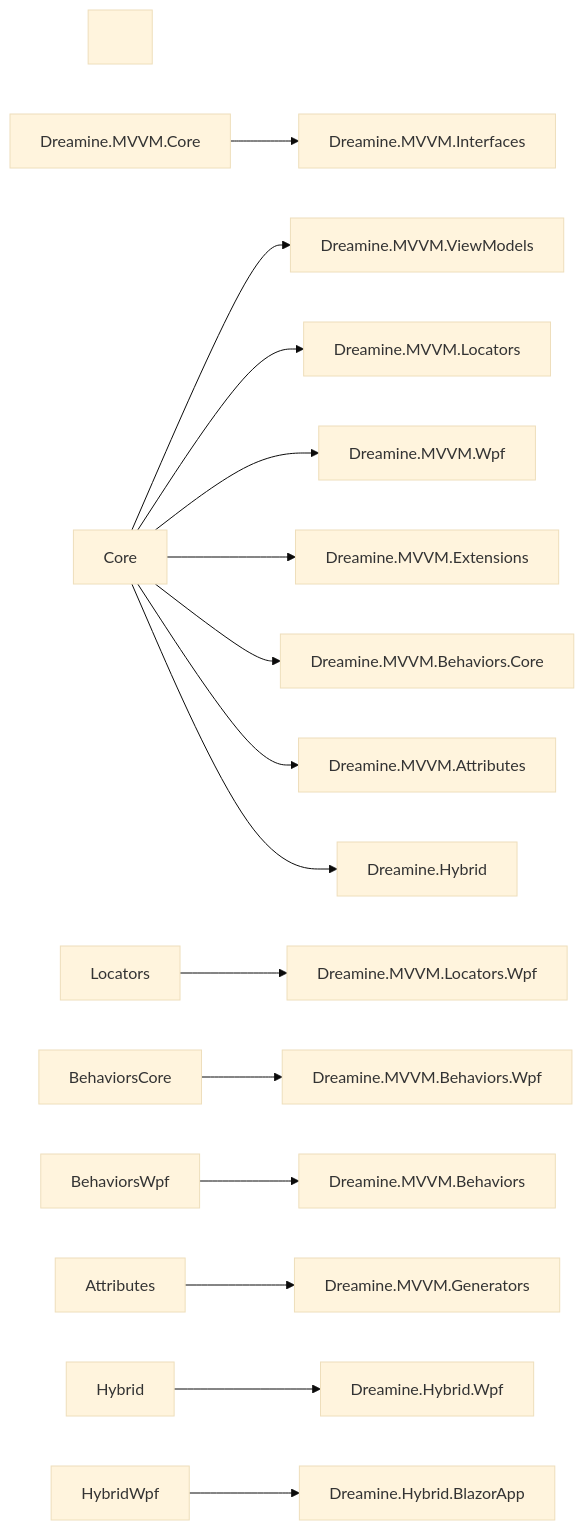
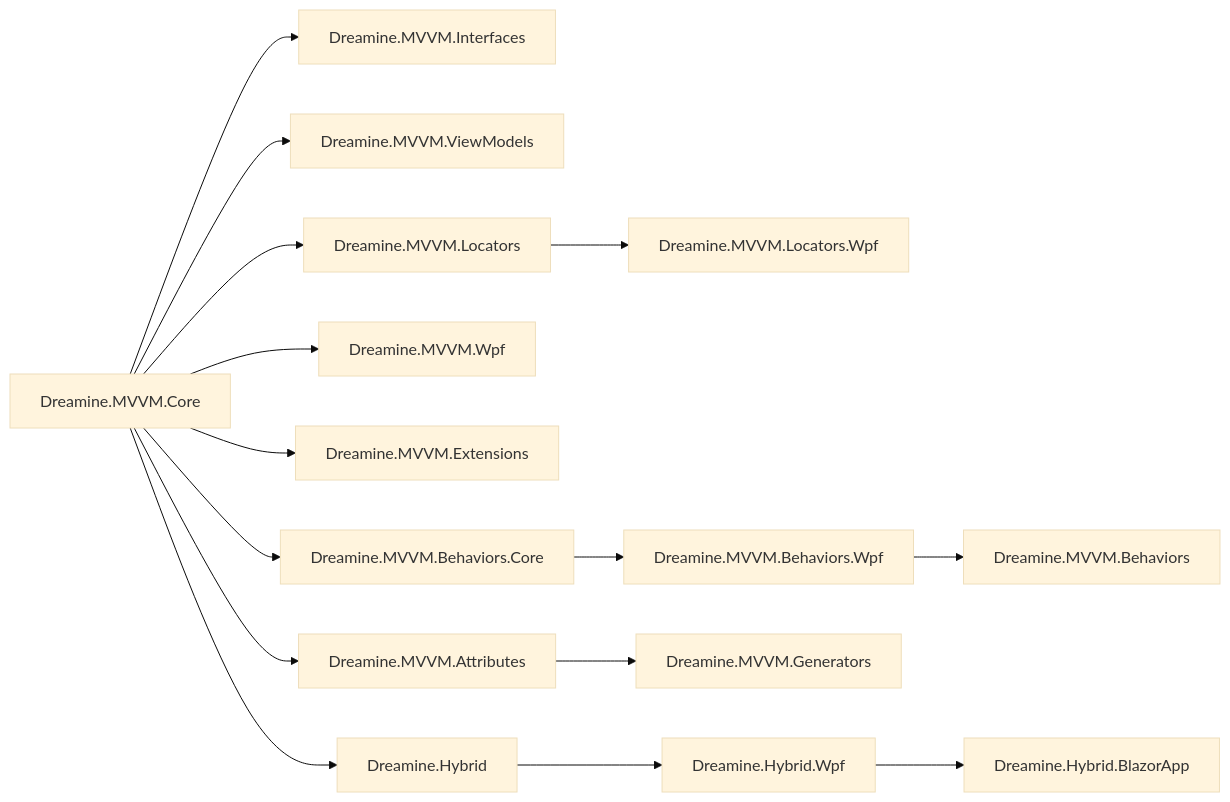
Before and after one commit to CodeMaru-Dreamine/Dreamine.MVVM.FullKit: the diagram in README.md, drawn with Mermaid (base theme). The commit also changed other lines of this file and 1 other file, not shown here.

````diff
--- a/README.md
+++ b/README.md
@@ -145,33 +75,17 @@
 ```mermaid
-
 graph LR
-
-&nbsp;   Core\[Dreamine.MVVM.Core] --> Interfaces\[Dreamine.MVVM.Interfaces]
-
-&nbsp;   Core --> ViewModels\[Dreamine.MVVM.ViewModels]
-
-&nbsp;   Core --> Locators\[Dreamine.MVVM.Locators]
-
-&nbsp;   Locators --> LocatorsWpf\[Dreamine.MVVM.Locators.Wpf]
-
-&nbsp;   Core --> Wpf\[Dreamine.MVVM.Wpf]
-
-&nbsp;   Core --> Extensions\[Dreamine.MVVM.Extensions]
-
-&nbsp;   Core --> BehaviorsCore\[Dreamine.MVVM.Behaviors.Core]
-
-&nbsp;   BehaviorsCore --> BehaviorsWpf\[Dreamine.MVVM.Behaviors.Wpf]
-
-&nbsp;   BehaviorsWpf --> Behaviors\[Dreamine.MVVM.Behaviors]
-
-&nbsp;   Core --> Attributes\[Dreamine.MVVM.Attributes]
-
-&nbsp;   Attributes --> Generators\[Dreamine.MVVM.Generators]
-
-&nbsp;   Core --> Hybrid\[Dreamine.Hybrid]
-
-&nbsp;   Hybrid --> HybridWpf\[Dreamine.Hybrid.Wpf]
-
-&nbsp;   HybridWpf --> HybridBlazor\[Dreamine.Hybrid.BlazorApp]
-
+    Core[Dreamine.MVVM.Core] --> Interfaces[Dreamine.MVVM.Interfaces]
+    Core --> ViewModels[Dreamine.MVVM.ViewModels]
+    Core --> Locators[Dreamine.MVVM.Locators]
+    Locators --> LocatorsWpf[Dreamine.MVVM.Locators.Wpf]
+    Core --> Wpf[Dreamine.MVVM.Wpf]
+    Core --> Extensions[Dreamine.MVVM.Extensions]
+    Core --> BehaviorsCore[Dreamine.MVVM.Behaviors.Core]
+    BehaviorsCore --> BehaviorsWpf[Dreamine.MVVM.Behaviors.Wpf]
+    BehaviorsWpf --> Behaviors[Dreamine.MVVM.Behaviors]
+    Core --> Attributes[Dreamine.MVVM.Attributes]
+    Attributes --> Generators[Dreamine.MVVM.Generators]
+    Core --> Hybrid[Dreamine.Hybrid]
+    Hybrid --> HybridWpf[Dreamine.Hybrid.Wpf]
+    HybridWpf --> HybridBlazor[Dreamine.Hybrid.BlazorApp]
 ```
````
